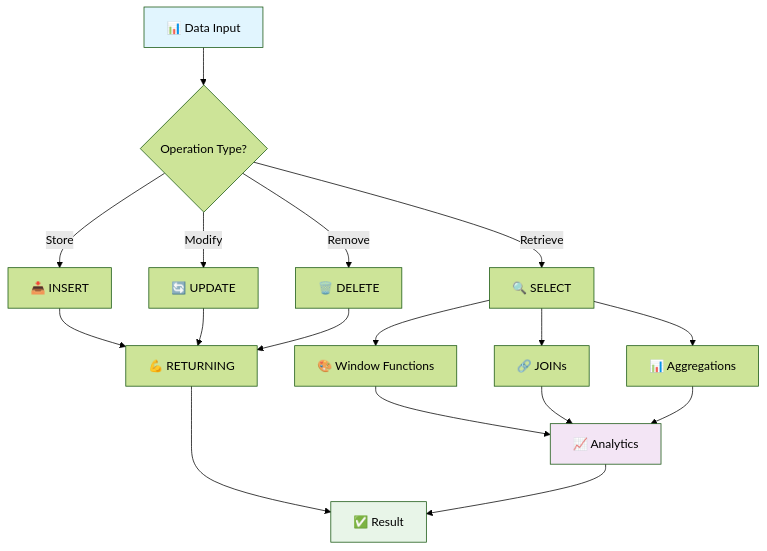
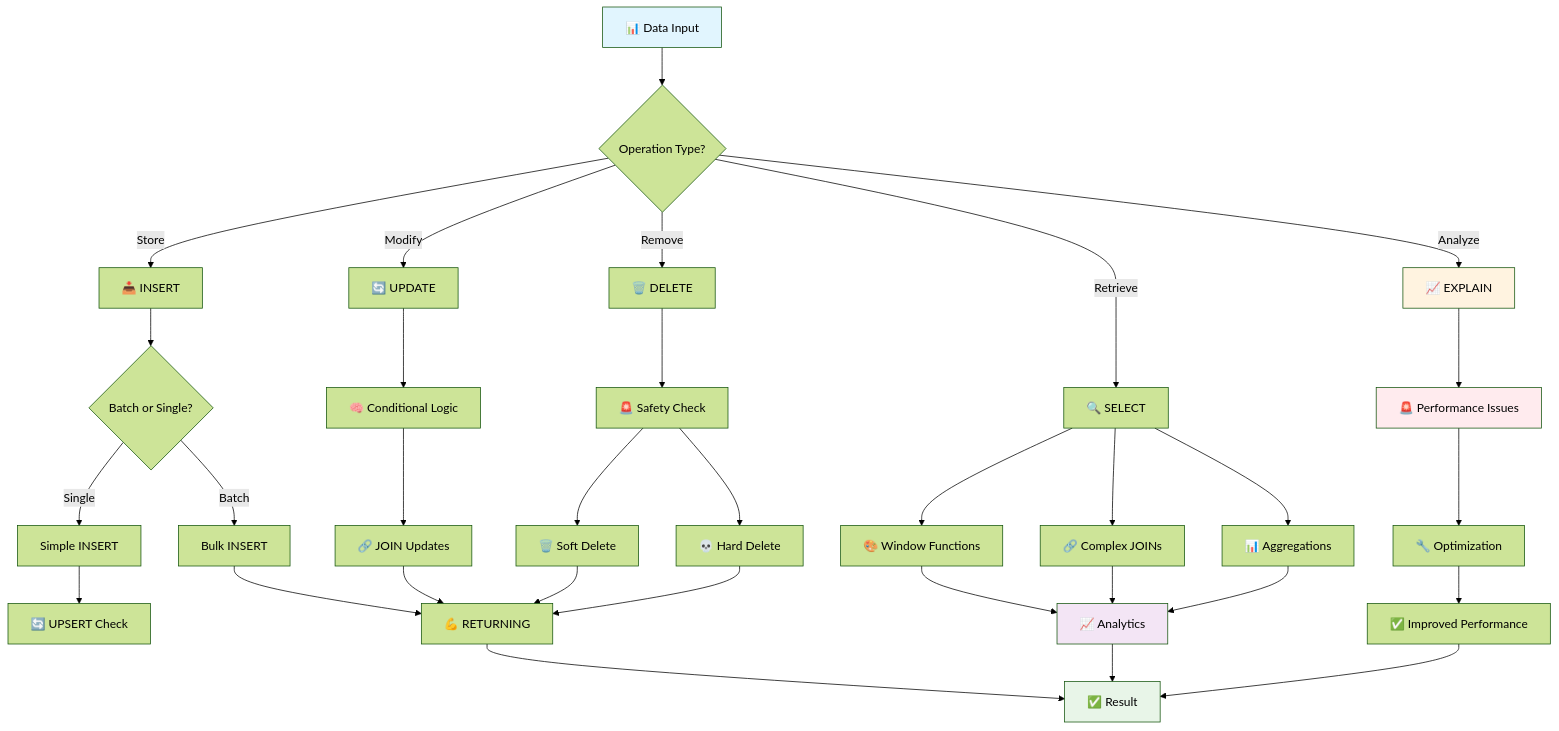
One commit to Vastargazing/postgresql_camp changed the diagram in README.md. Above: the diagram before and after it, drawn with Mermaid (forest theme). The commit also changed other lines of this file, not shown here.

First line of the commit message:
Revise SQL operations and performance tips in README

````diff
--- a/README.md
+++ b/README.md
@@ -250,28 +727,48 @@
 ```mermaid
 flowchart TD
     A[📊 Data Input] --> B{Operation Type?}
     
     B -->|Store| C[📥 INSERT]
-    B -->|Modify| D[🔄 UPDATE]
+    B -->|Modify| D[🔄 UPDATE]  
     B -->|Remove| E[🗑️ DELETE]
     B -->|Retrieve| F[🔍 SELECT]
+    B -->|Analyze| G[📈 EXPLAIN]
     
-    C --> G[💪 RETURNING]
-    D --> G
-    E --> G
+    C --> H{Batch or Single?}
+    H -->|Single| I[Simple INSERT]
+    H -->|Batch| J[Bulk INSERT]
+    J --> K[💪 RETURNING]
+    I --> L[🔄 UPSERT Check]
     
-    F --> H[🎨 Window Functions]
-    F --> I[🔗 JOINs]
-    F --> J[📊 Aggregations]
+    D --> M[🧠 Conditional Logic]
+    M --> N[🔗 JOIN Updates] 
+    N --> K
     
-    H --> K[📈 Analytics]
-    I --> K
-    J --> K
+    E --> O[🚨 Safety Check]
+    O --> P[🗑️ Soft Delete]
+    O --> Q[💀 Hard Delete]
+    P --> K
+    Q --> K
     
-    G --> L[✅ Result]
-    K --> L
+    F --> R[🎨 Window Functions]
+    F --> S[🔗 Complex JOINs]
+    F --> T[📊 Aggregations]
+    
+    R --> U[📈 Analytics]
+    S --> U
+    T --> U
+    
+    G --> V[🚨 Performance Issues]
+    V --> W[🔧 Optimization]
+    W --> X[✅ Improved Performance]
+    
+    K --> Y[✅ Result]
+    U --> Y
+    X --> Y
     
     style A fill:#e1f5fe
-    style K fill:#f3e5f5
-    style L fill:#e8f5e8
+    style G fill:#fff3e0
+    style U fill:#f3e5f5
+    style V fill:#ffebee
+    style Y fill:#e8f5e8
 ```
````
